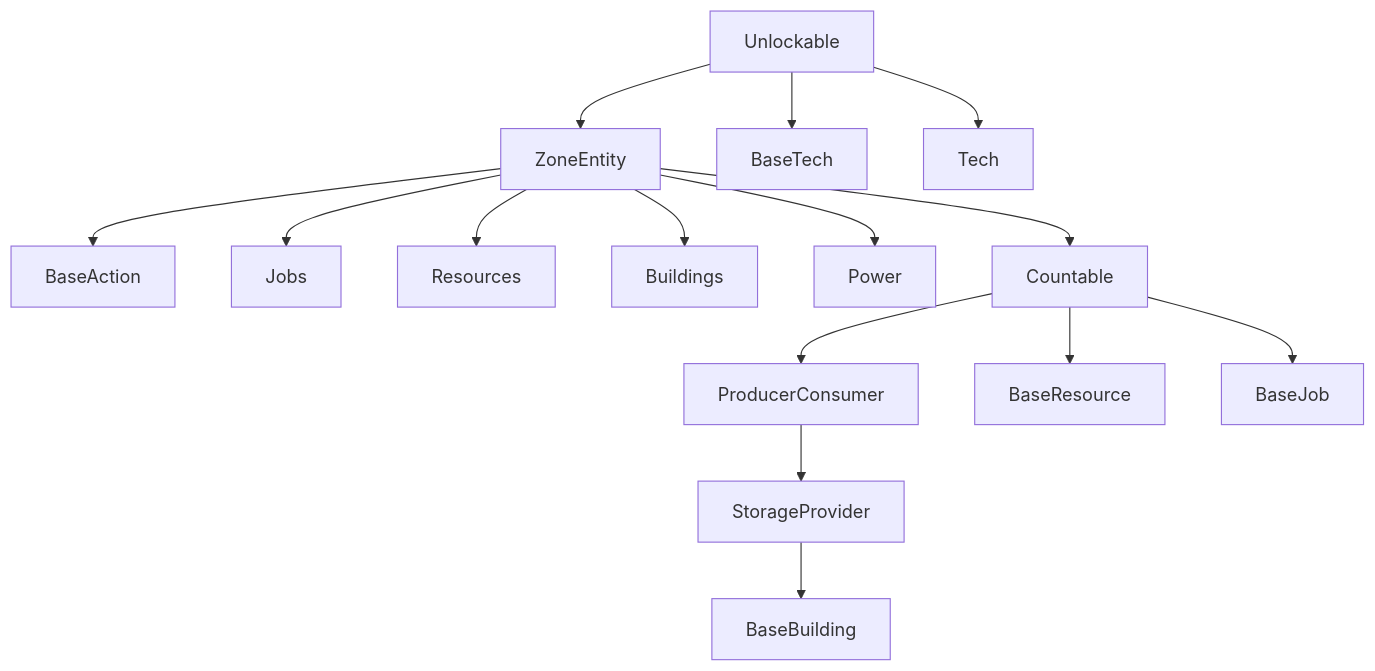
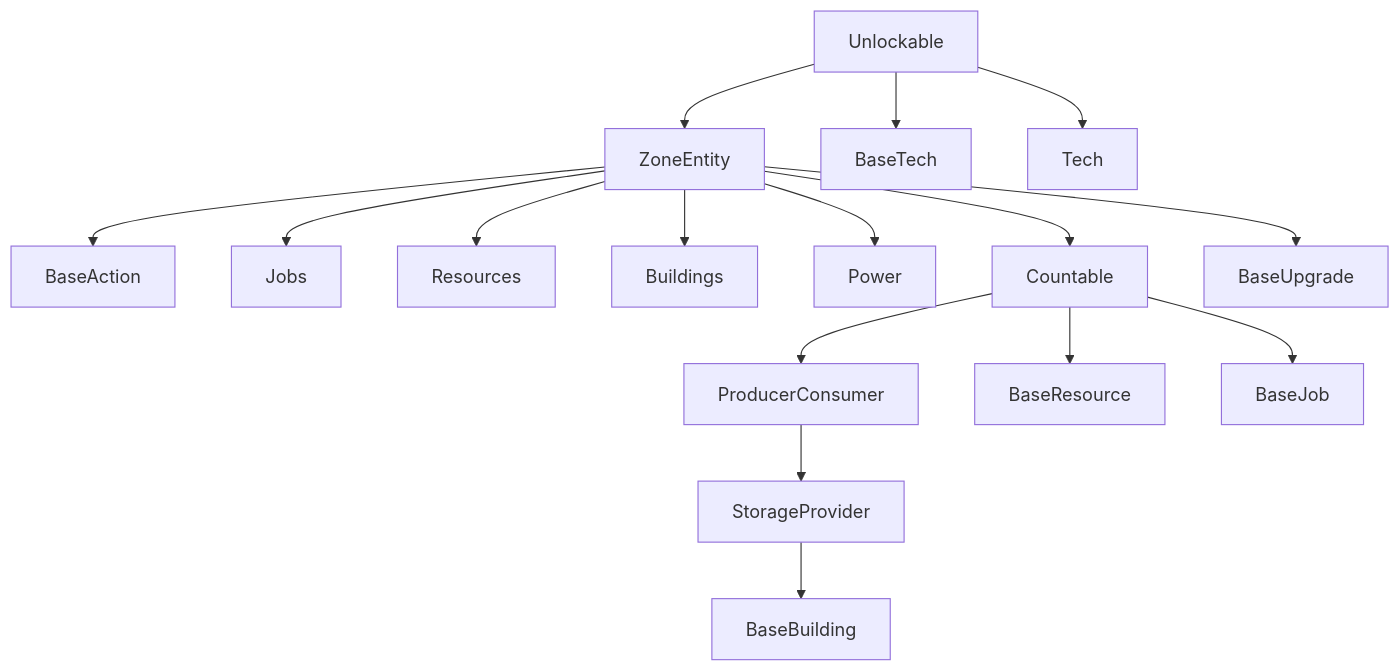
One commit to krnsk0/idler changed the diagram in docs/HIERARCHY.md. Above: the diagram before and after it, drawn with Mermaid. The commit also changed 3 other files, not shown here.

````diff
--- a/docs/HIERARCHY.md
+++ b/docs/HIERARCHY.md
@@ -3,18 +3,19 @@
 ```mermaid
 
 graph TD;
   Z[Unlockable] --> A[ZoneEntity]
   Z[Unlockable] --> K[BaseTech]
   A[ZoneEntity] --> C[BaseAction]
   E[StorageProvider] --> D[BaseBuilding]
   B[ProducerConsumer] --> E[StorageProvider]
   Z[Unlockable] --> J[Tech]
   A[ZoneEntity] --> X[Jobs]
   A[ZoneEntity] --> L[Resources]
   A[ZoneEntity] --> M[Buildings]
   A[ZoneEntity] --> N[Power]
   A[ZoneEntity] --> Y[Countable]
+  A[ZoneEntity] --> F[BaseUpgrade]
   Y[Countable] --> B[ProducerConsumer]
   Y[Countable] --> H[BaseResource]
   Y[Countable] --> I[BaseJob]
 ```
````
